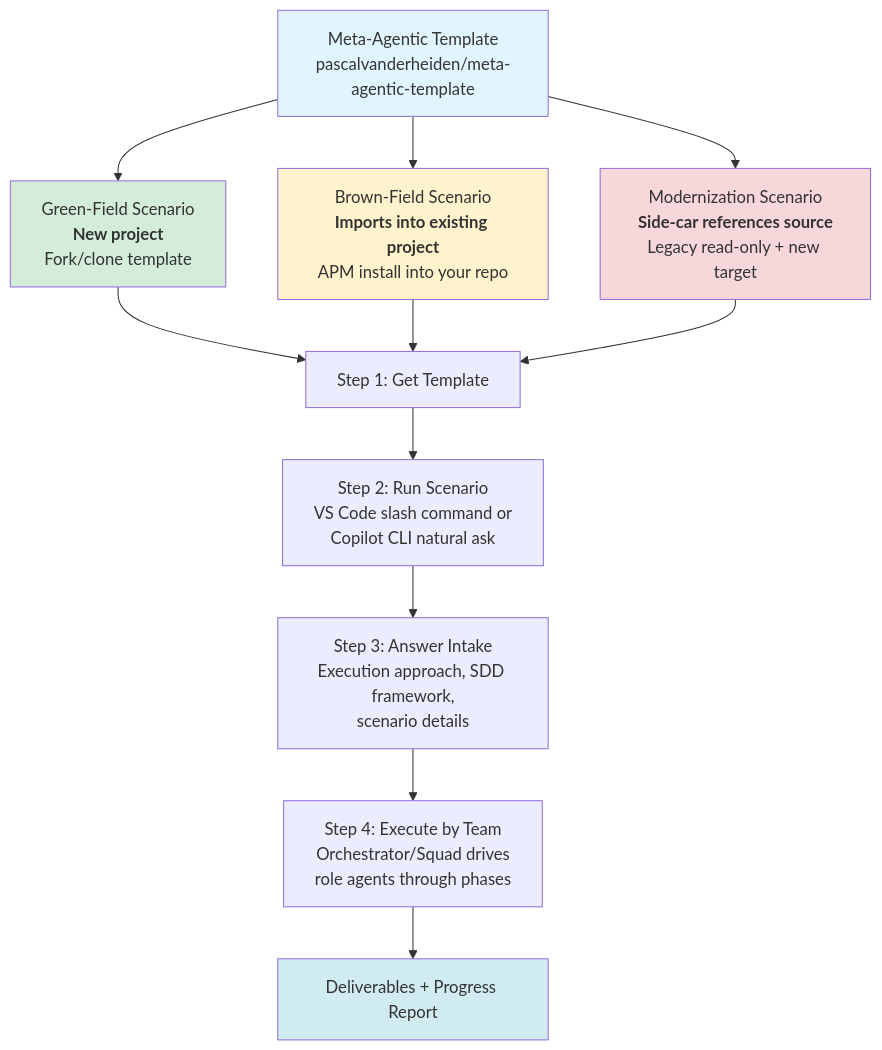
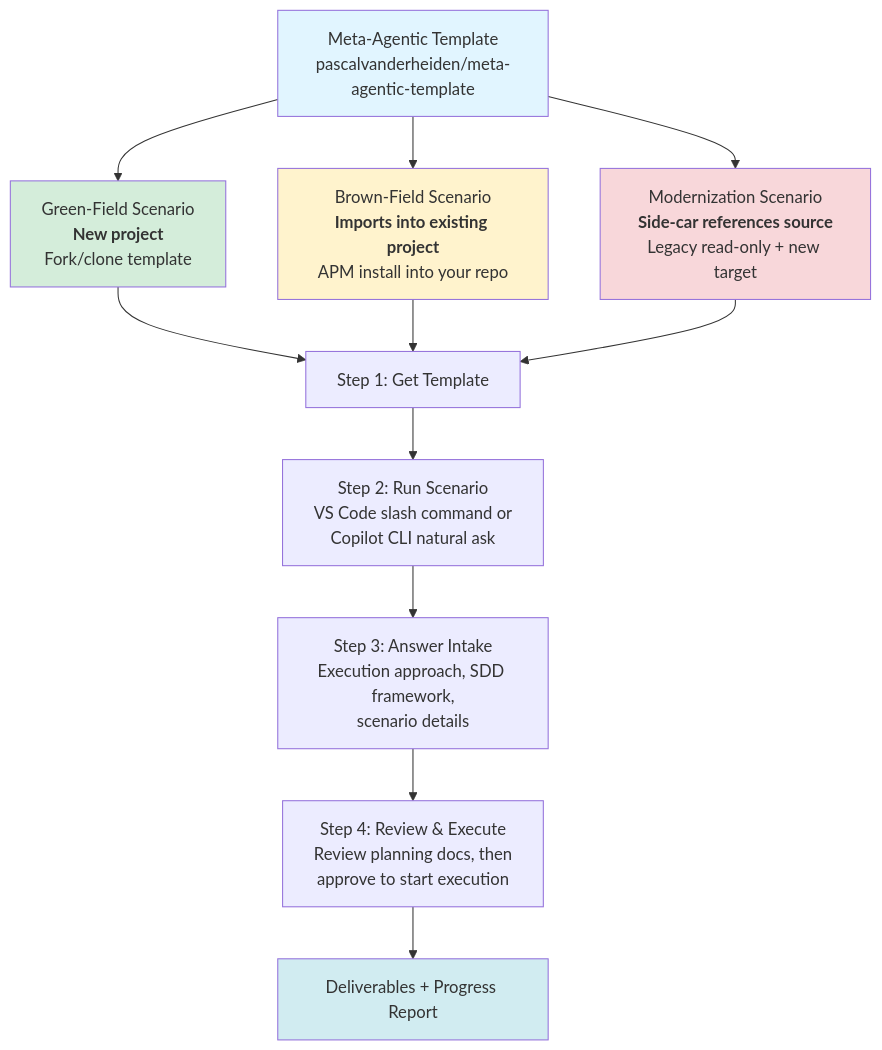
One commit to pascalvanderheiden/meta-agentic-template changed the diagram in README.md. Above: the diagram before and after it, drawn with Mermaid. The commit also changed other lines of this file and 7 other files, not shown here.

````diff
--- a/README.md
+++ b/README.md
@@ -7,23 +7,23 @@
 ```mermaid
 flowchart TD
     MT[Meta-Agentic Template<br/>pascalvanderheiden/meta-agentic-template]
     
     MT --> GF[Green-Field Scenario<br/><b>New project</b><br/>Fork/clone template]
     MT --> BF[Brown-Field Scenario<br/><b>Imports into existing project</b><br/>APM install into your repo]
     MT --> MOD[Modernization Scenario<br/><b>Side-car references source</b><br/>Legacy read-only + new target]
     
     GF --> S1[Step 1: Get Template]
     BF --> S1
     MOD --> S1
     
     S1 --> S2[Step 2: Run Scenario<br/>VS Code slash command or<br/>Copilot CLI natural ask]
     S2 --> S3[Step 3: Answer Intake<br/>Execution approach, SDD framework,<br/>scenario details]
-    S3 --> S4[Step 4: Execute by Team<br/>Orchestrator/Squad drives<br/>role agents through phases]
+    S3 --> S4[Step 4: Review & Execute<br/>Review planning docs, then<br/>approve to start execution]
     S4 --> OUT[Deliverables + Progress Report]
     
     style MT fill:#e1f5ff
     style GF fill:#d4edda
     style BF fill:#fff3cd
     style MOD fill:#f8d7da
     style OUT fill:#d1ecf1
 ```
````
